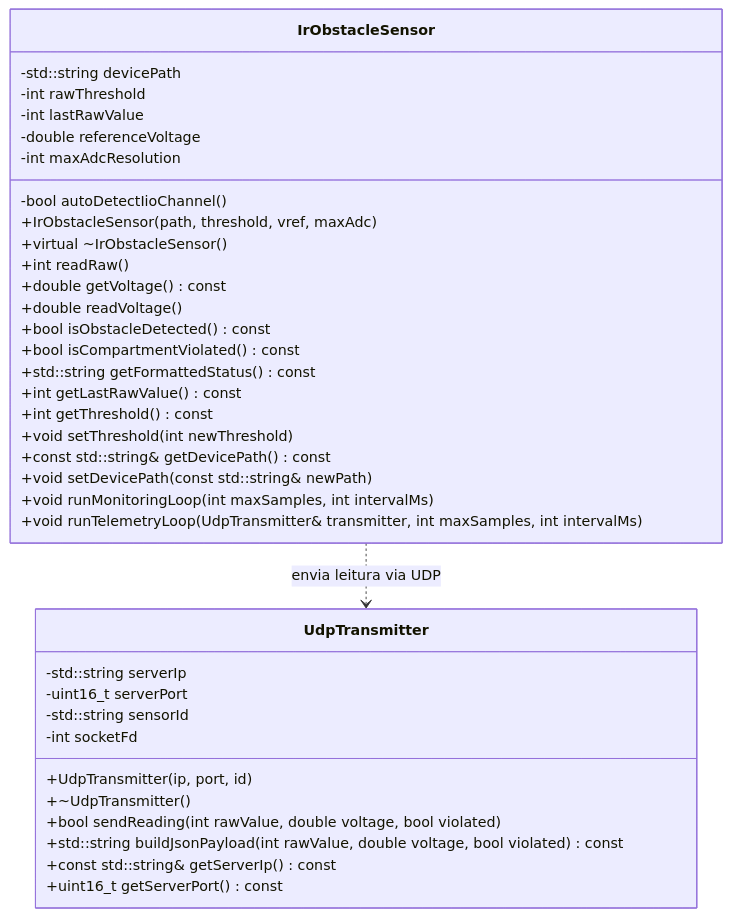
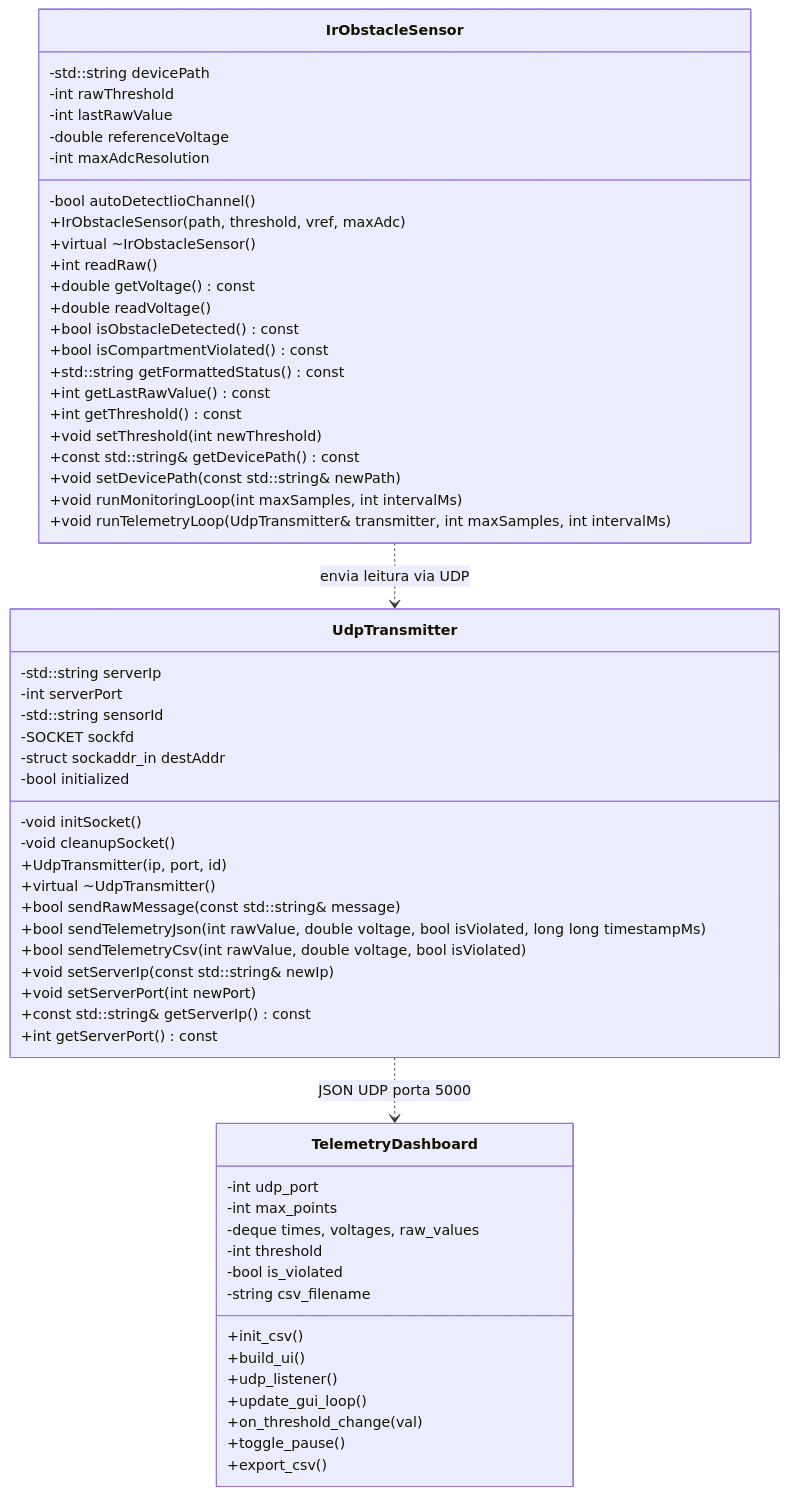
One commit to VPariz/stm32-projeto-final-prog-aplicada changed the second of 2 diagrams in README.md. Above: the diagram before and after it, drawn with Mermaid. The commit also changed other lines of this file and 6 other files, not shown here.

Commit message:
docs(entrega4): adiciona capturas da GUI, corrige UML, autoria e deploy

````diff
--- a/README.md
+++ b/README.md
@@ -67,40 +67,65 @@
 ```mermaid
 classDiagram
     class IrObstacleSensor {
         -std::string devicePath
         -int rawThreshold
         -int lastRawValue
         -double referenceVoltage
         -int maxAdcResolution
         -bool autoDetectIioChannel()
         +IrObstacleSensor(path, threshold, vref, maxAdc)
         +virtual ~IrObstacleSensor()
         +int readRaw()
         +double getVoltage() const
         +double readVoltage()
         +bool isObstacleDetected() const
         +bool isCompartmentViolated() const
         +std::string getFormattedStatus() const
         +int getLastRawValue() const
         +int getThreshold() const
         +void setThreshold(int newThreshold)
         +const std::string& getDevicePath() const
         +void setDevicePath(const std::string& newPath)
         +void runMonitoringLoop(int maxSamples, int intervalMs)
         +void runTelemetryLoop(UdpTransmitter& transmitter, int maxSamples, int intervalMs)
     }
 
     class UdpTransmitter {
         -std::string serverIp
-        -uint16_t serverPort
+        -int serverPort
         -std::string sensorId
-        -int socketFd
+        -SOCKET sockfd
+        -struct sockaddr_in destAddr
+        -bool initialized
+        -void initSocket()
+        -void cleanupSocket()
         +UdpTransmitter(ip, port, id)
-        +~UdpTransmitter()
-        +bool sendReading(int rawValue, double voltage, bool violated)
-        +std::string buildJsonPayload(int rawValue, double voltage, bool violated) const
+        +virtual ~UdpTransmitter()
+        +bool sendRawMessage(const std::string& message)
+        +bool sendTelemetryJson(int rawValue, double voltage, bool isViolated, long long timestampMs)
+        +bool sendTelemetryCsv(int rawValue, double voltage, bool isViolated)
+        +void setServerIp(const std::string& newIp)
+        +void setServerPort(int newPort)
         +const std::string& getServerIp() const
-        +uint16_t getServerPort() const
+        +int getServerPort() const
     }
+
+    class TelemetryDashboard {
+        -int udp_port
+        -int max_points
+        -deque times, voltages, raw_values
+        -int threshold
+        -bool is_violated
+        -string csv_filename
+        +init_csv()
+        +build_ui()
+        +udp_listener()
+        +update_gui_loop()
+        +on_threshold_change(val)
+        +toggle_pause()
+        +export_csv()
+    }
+
     IrObstacleSensor ..> UdpTransmitter : envia leitura via UDP
+    UdpTransmitter ..> TelemetryDashboard : JSON UDP porta 5000
 ```
````
